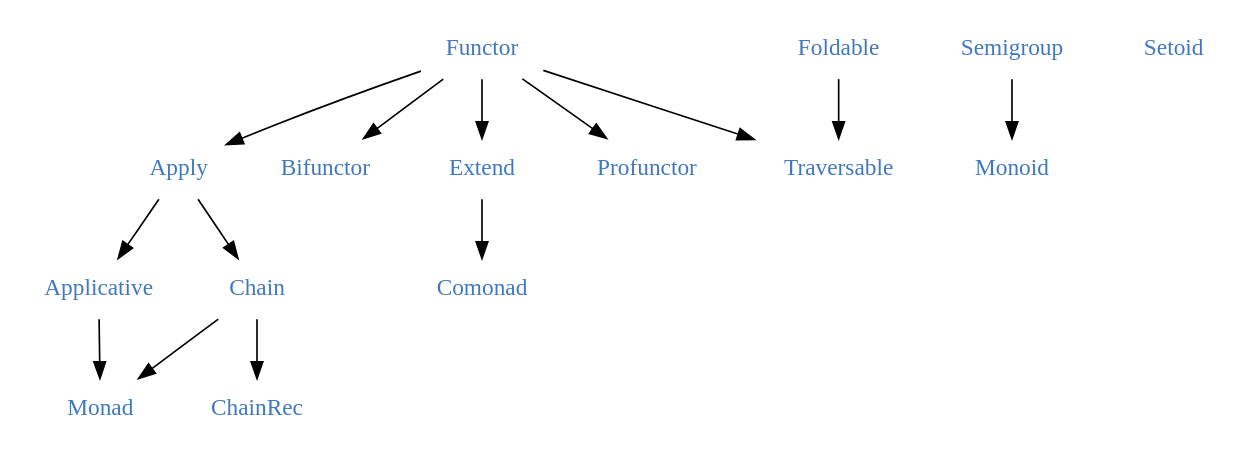
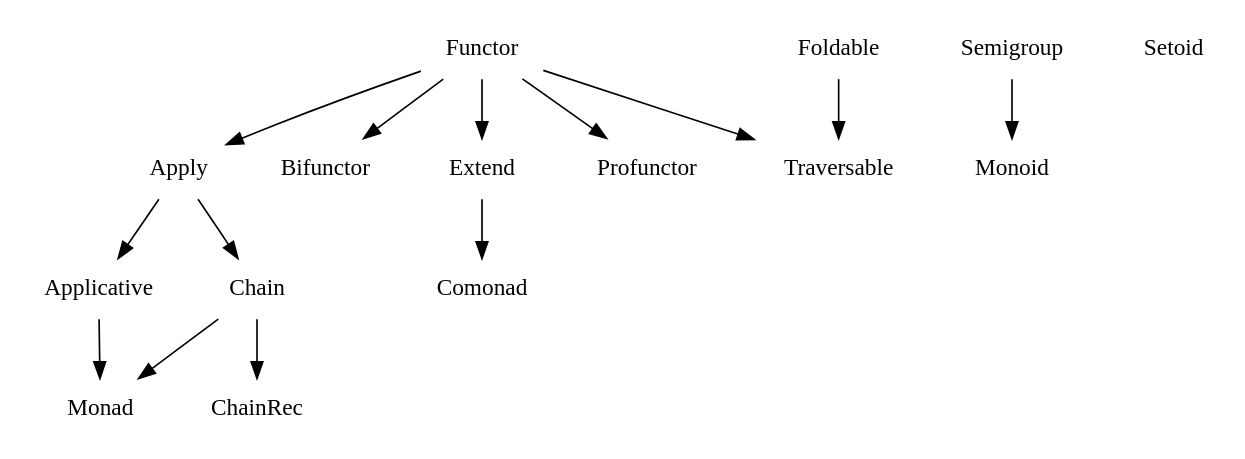
Before and after one commit to fantasyland/fantasy-land: the diagram in figures/dependencies.dot, drawn with Graphviz. The commit also changed 1 other file, not shown here.

```diff
--- a/figures/dependencies.dot
+++ b/figures/dependencies.dot
@@ -1,35 +1,35 @@
 digraph {
-  node [fontcolor="#4078c0";shape=plaintext]
+  node [shape=plaintext]
 
   # Algebras
-  Applicative [URL="#applicative"];
-  Apply [URL="#apply"];
-  Bifunctor [URL="#bifunctor"];
-  Chain [URL="#chain"];
-  ChainRec [URL="#chainrec"];
-  Comonad [URL="#comonad"];
-  Extend [URL="#extend"];
-  Foldable [URL="#foldable"];
-  Functor [URL="#functor"];
-  Monad [URL="#monad"];
-  Monoid [URL="#monoid"];
-  Profunctor [URL="#profunctor"];
-  Semigroup [URL="#semigroup"];
-  Setoid [URL="#setoid"];
-  Traversable [URL="#traversable"];
+  Applicative;
+  Apply;
+  Bifunctor;
+  Chain;
+  ChainRec;
+  Comonad;
+  Extend;
+  Foldable;
+  Functor;
+  Monad;
+  Monoid;
+  Profunctor;
+  Semigroup;
+  Setoid;
+  Traversable;
 
   # Dependencies
   Applicative -> Monad;
   Apply -> Applicative;
   Apply -> Chain;
   Chain -> ChainRec;
   Chain -> Monad;
   Extend -> Comonad;
   Foldable -> Traversable;
   Functor -> Apply;
   Functor -> Bifunctor;
   Functor -> Extend;
   Functor -> Profunctor;
   Functor -> Traversable;
   Semigroup -> Monoid;
 }
```
